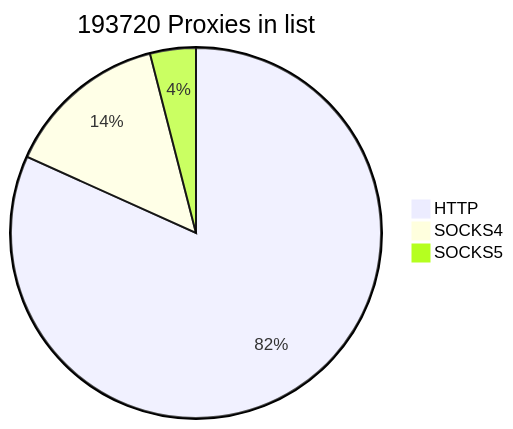
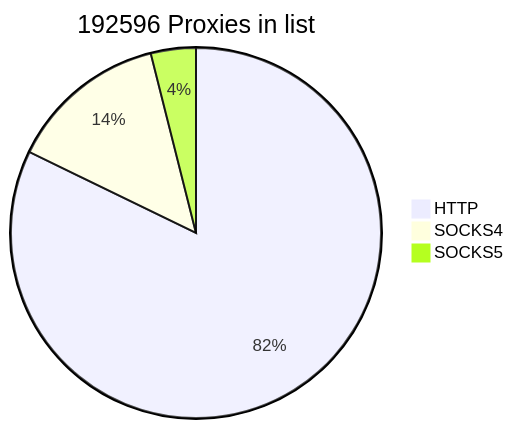
One commit to cutipu/proxylist changed the first of 2 diagrams in README.md. Above: the diagram before and after it, drawn with Mermaid. The commit also changed other lines of this file, not shown here.

````diff
--- a/README.md
+++ b/README.md
@@ -2,7 +2,7 @@
 ```mermaid
-pie title 193720 Proxies in list
-    "HTTP" : 158353
-    "SOCKS4" : 27618
-    "SOCKS5" : 7749
+pie title 192596 Proxies in list
+    "HTTP" : 158329
+    "SOCKS4" : 26699
+    "SOCKS5" : 7568
             
 ```
````
